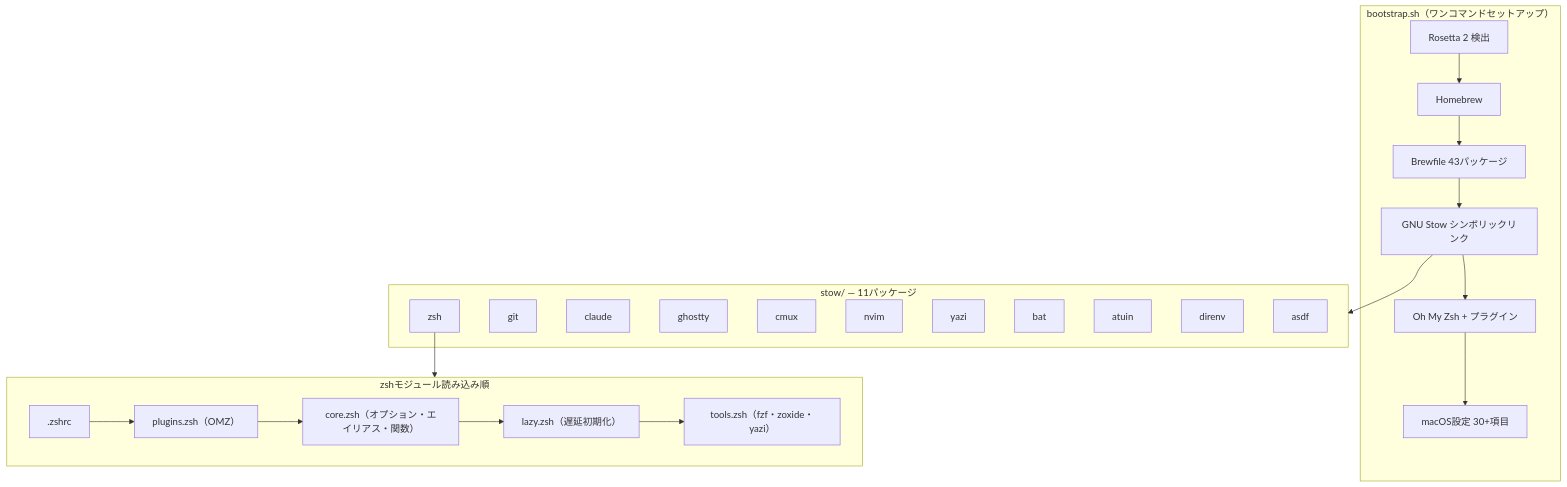
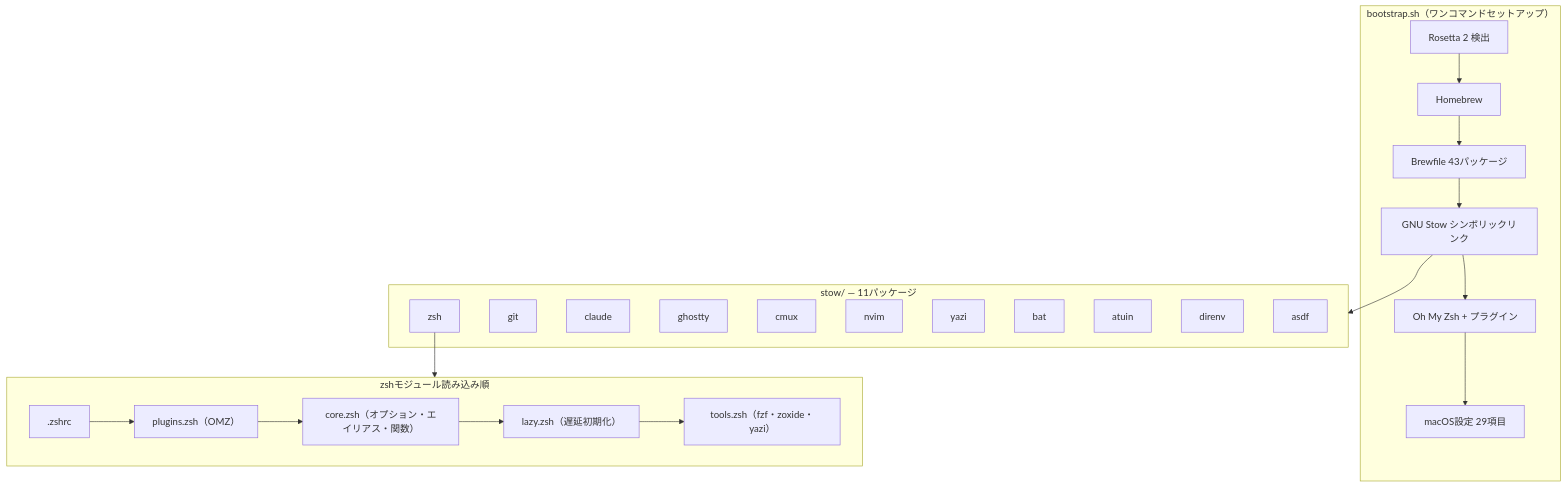
Before and after one commit to otake-shol/dotfiles: the diagram in README.md, drawn with Mermaid. The commit also changed other lines of this file, not shown here.

````diff
--- a/README.md
+++ b/README.md
@@ -48,34 +48,34 @@
 ```mermaid
 graph TB
     subgraph bootstrap["bootstrap.sh（ワンコマンドセットアップ）"]
         B1[Rosetta 2 検出] --> B2[Homebrew]
         B2 --> B3[Brewfile 43パッケージ]
         B3 --> B4[GNU Stow シンボリックリンク]
         B4 --> B5[Oh My Zsh + プラグイン]
-        B5 --> B6[macOS設定 30+項目]
+        B5 --> B6[macOS設定 29項目]
     end
 
     subgraph stow["stow/ — 11パッケージ"]
         S1[zsh]
         S2[git]
         S3[claude]
         S4[ghostty]
         S5[cmux]
         S6[nvim]
         S7[yazi]
         S8[bat]
         S9[atuin]
         S10[direnv]
         S11[asdf]
     end
 
     subgraph shell["zshモジュール読み込み順"]
         Z1[".zshrc"] --> Z2["plugins.zsh（OMZ）"]
         Z2 --> Z3["core.zsh（オプション・エイリアス・関数）"]
         Z3 --> Z4["lazy.zsh（遅延初期化）"]
         Z4 --> Z5["tools.zsh（fzf・zoxide・yazi）"]
     end
 
     B4 --> stow
     S1 --> shell
 ```
````
